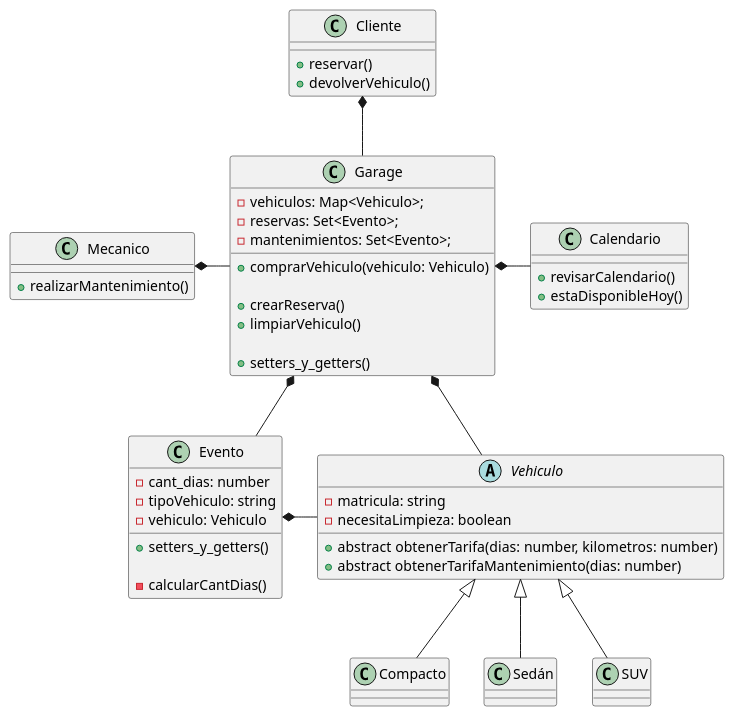
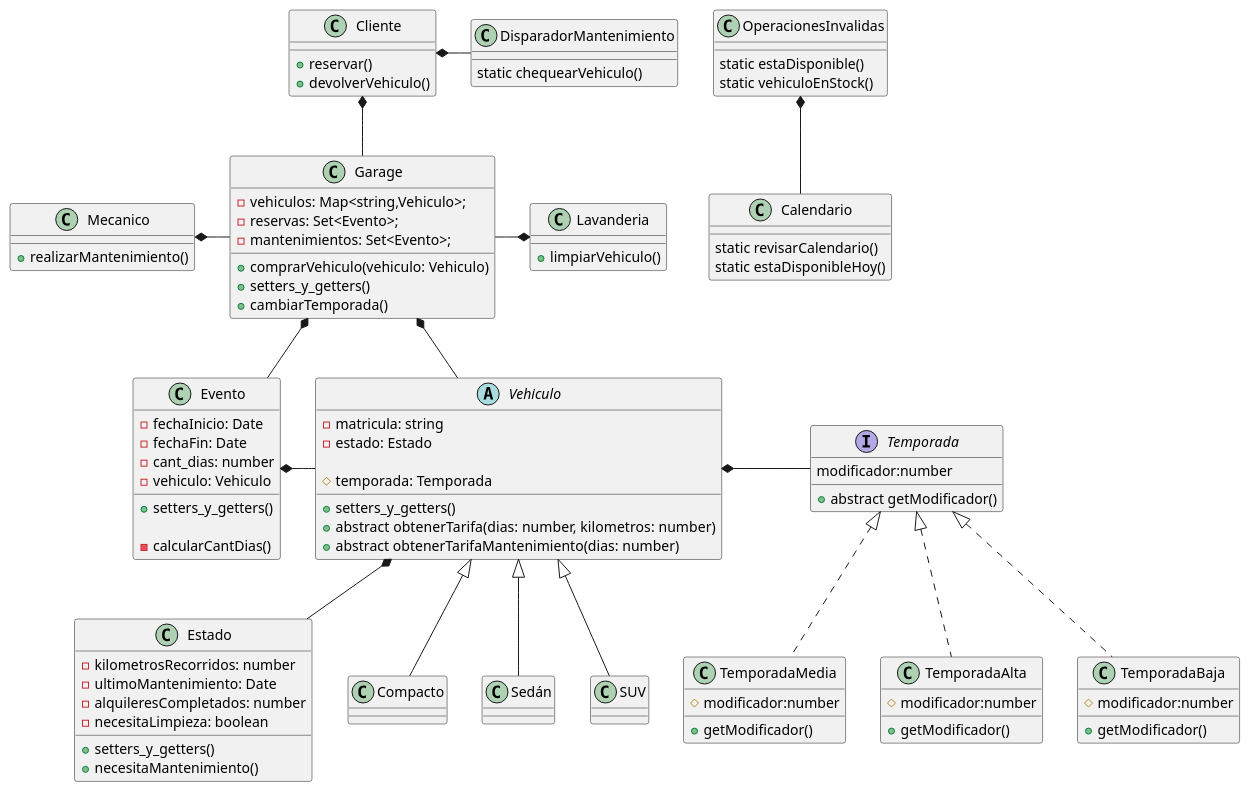
The diagram in diagramas/clases.puml (AlejoSuarez-37/Trabajo-Practico-Grupo16), drawn with PlantUML before and after one commit. The commit also changed 18 other files, not shown here.

```diff
--- a/diagramas/clases.puml
+++ b/diagramas/clases.puml
@@ -1,74 +1,124 @@
 @startuml Diagrama de clases
 class Garage {
-    - vehiculos: Map<Vehiculo>;
+    - vehiculos: Map<string,Vehiculo>;
     - reservas: Set<Evento>;
     - mantenimientos: Set<Evento>;
-
+    
     + comprarVehiculo(vehiculo: Vehiculo)
-
-    + crearReserva()
-    + limpiarVehiculo()
-
     + setters_y_getters()
+    + cambiarTemporada()
 }
 
 class Cliente {
     + reservar()
     + devolverVehiculo()
 }
 
 class Mecanico {
     + realizarMantenimiento()
 }
 
+class Lavanderia {
+    + limpiarVehiculo()
+}
+
+class Estado {
+    - kilometrosRecorridos: number
+    - ultimoMantenimiento: Date
+    - alquileresCompletados: number
+    - necesitaLimpieza: boolean
+    
+    + setters_y_getters()
+    + necesitaMantenimiento()
+}
+
 abstract class Vehiculo {
     - matricula: string
-    - necesitaLimpieza: boolean
-    
+    - estado: Estado
+
+    # temporada: Temporada
+
+    + setters_y_getters()
     + abstract obtenerTarifa(dias: number, kilometros: number)
     + abstract obtenerTarifaMantenimiento(dias: number)
 }
 
 class Compacto {
 
 }
 class Sedán {
 
 }
 class SUV {
 
 }
 
 class Evento {
+    - fechaInicio: Date
+    - fechaFin: Date
     - cant_dias: number
-    - tipoVehiculo: string
     - vehiculo: Vehiculo
 
     + setters_y_getters()
 
     - calcularCantDias()
 }
 
 class Calendario {
-    + revisarCalendario()
-    + estaDisponibleHoy()
+    static revisarCalendario()
+    static estaDisponibleHoy()
+}
+
+class OperacionesInvalidas {
+    static estaDisponible()
+    static vehiculoEnStock()
+}
+
+class DisparadorMantenimiento {
+    static chequearVehiculo()
+}
+
+interface Temporada {
+    modificador:number
+    + abstract getModificador()
+}
+class TemporadaBaja implements Temporada{
+    # modificador:number
+    + getModificador()
+}
+class TemporadaMedia implements Temporada{
+    # modificador:number
+    + getModificador()
+}
+class TemporadaAlta implements Temporada{
+    # modificador:number
+    + getModificador()
 }
 
 
 ' Relaciones
 
+
 Cliente *-- Garage
 
+Cliente *-r- DisparadorMantenimiento
+
 Mecanico *-r- Garage
+Lavanderia *-l- Garage
 
 Garage *-d- Vehiculo
 Garage *-d- Evento
-Garage *-r- Calendario
 
 Evento *-r- Vehiculo
 
 Vehiculo <|-- Compacto
 Vehiculo <|-- Sedán
 Vehiculo <|-- SUV
 
+Vehiculo *-r- Temporada
+Vehiculo *-d- Estado
+
+OperacionesInvalidas *-- Calendario
+
+
 @enduml
```
